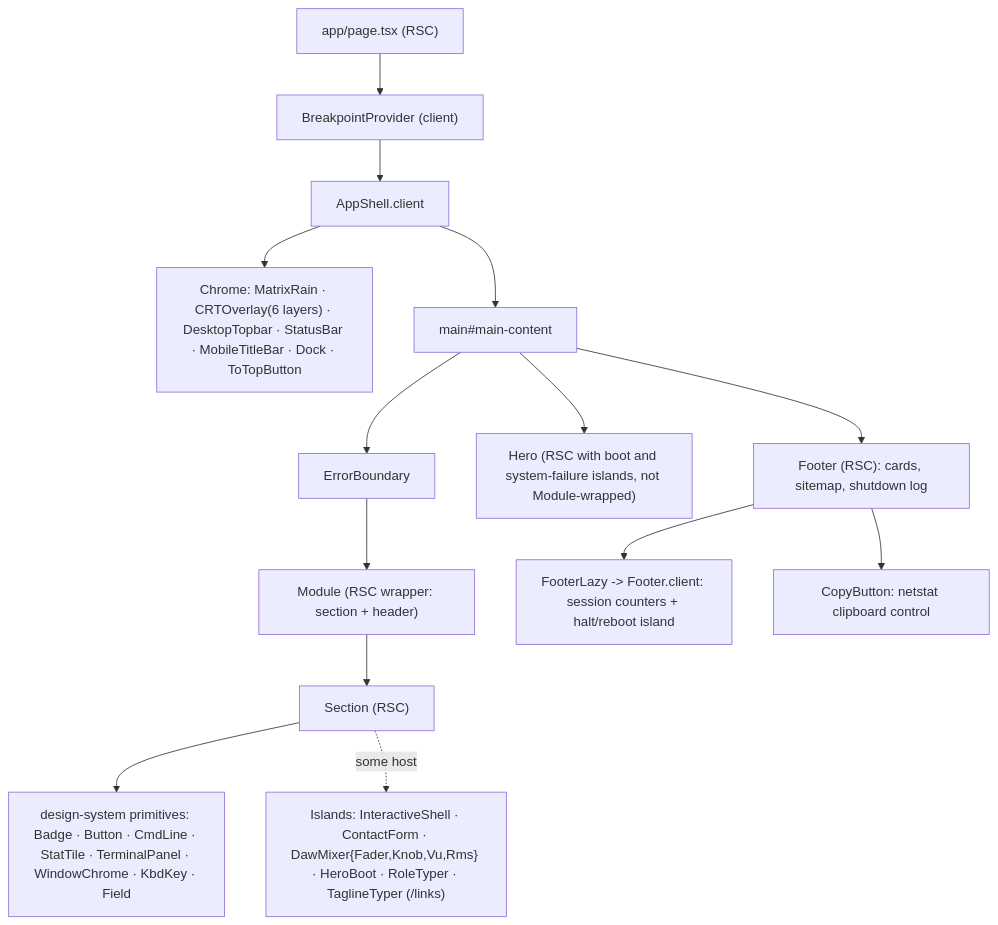
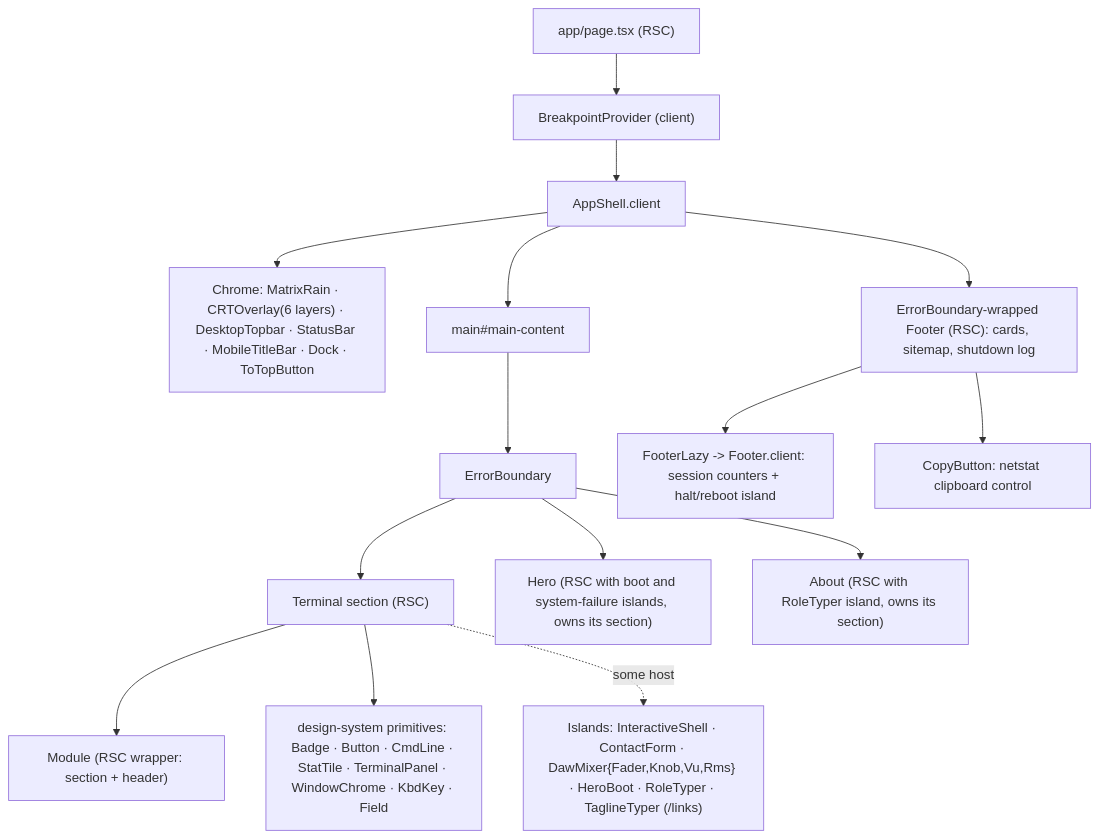
One commit to erikunha/portfolio changed the first of 2 diagrams in docs/04-components-and-state.md. Above: the diagram before and after it, drawn with Mermaid. The commit also changed other lines of this file and 8 other files, not shown here.

````diff
--- a/docs/04-components-and-state.md
+++ b/docs/04-components-and-state.md
@@ -24,16 +24,17 @@
 ```mermaid
 flowchart TD
     page["app/page.tsx (RSC)"] --> bp["BreakpointProvider (client)"]
     bp --> shell["AppShell.client"]
     shell --> chrome["Chrome: MatrixRain · CRTOverlay(6 layers) · DesktopTopbar · StatusBar · MobileTitleBar · Dock · ToTopButton"]
     shell --> main["main#main-content"]
     main --> eb["ErrorBoundary"]
-    eb --> mod["Module (RSC wrapper: section + header)"]
-    mod --> sec["Section (RSC)"]
+    eb --> sec["Terminal section (RSC)"]
+    sec --> mod["Module (RSC wrapper: section + header)"]
     sec --> dsp["design-system primitives: Badge · Button · CmdLine · StatTile · TerminalPanel · WindowChrome · KbdKey · Field"]
     sec -. some host .-> isl["Islands: InteractiveShell · ContactForm · DawMixer{Fader,Knob,Vu,Rms} · HeroBoot · RoleTyper · TaglineTyper (/links)"]
-    main --> hero["Hero (RSC with boot and system-failure islands, not Module-wrapped)"]
-    main --> fl["Footer (RSC): cards, sitemap, shutdown log"]
+    eb --> hero["Hero (RSC with boot and system-failure islands, owns its section)"]
+    eb --> about["About (RSC with RoleTyper island, owns its section)"]
+    shell --> fl["ErrorBoundary-wrapped Footer (RSC): cards, sitemap, shutdown log"]
     fl --> fi["FooterLazy -> Footer.client: session counters + halt/reboot island"]
     fl --> fc["CopyButton: netstat clipboard control"]
 ```
````
